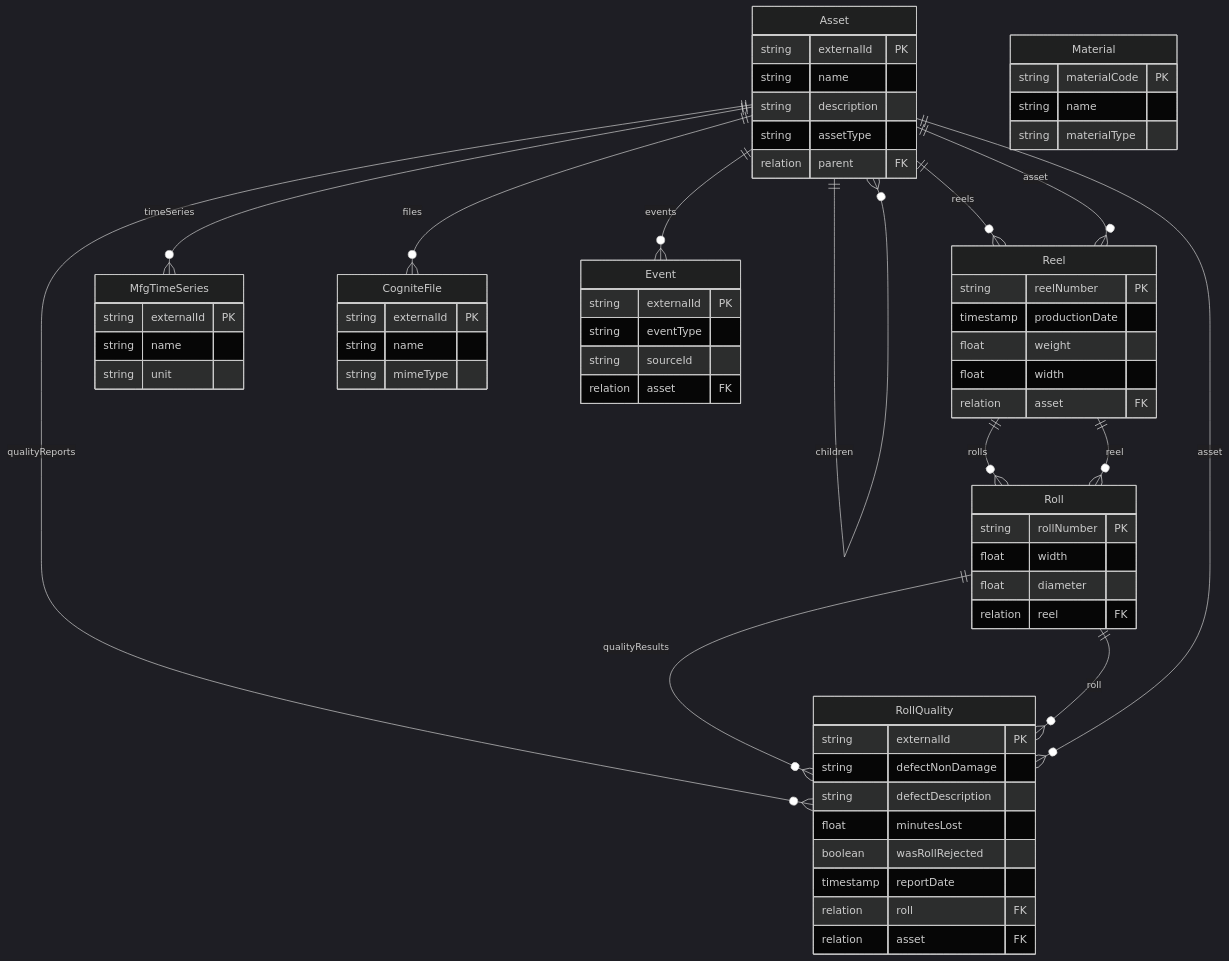
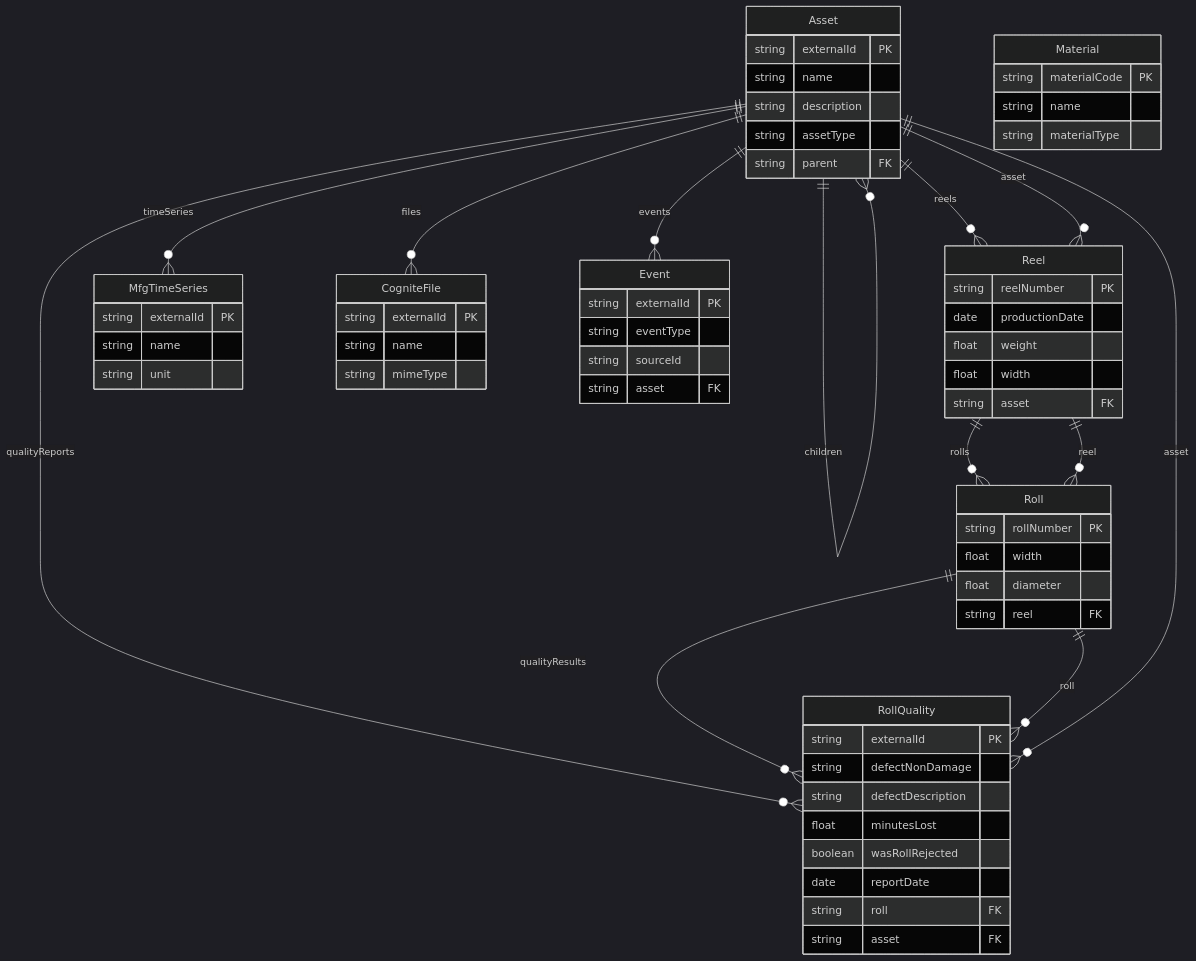
Before and after one commit to fbarsoba-cognite/sylvamo-project-documentation: the second of 3 diagrams in docs/reference/data-model/MFG_CORE_WITH_EQUIPMENT.md, drawn with Mermaid (dark theme). The commit also changed other lines of this file, not shown here.

Commit message:
fix: Use valid Mermaid types (string instead of relation)

````diff
--- a/docs/reference/data-model/MFG_CORE_WITH_EQUIPMENT.md
+++ b/docs/reference/data-model/MFG_CORE_WITH_EQUIPMENT.md
@@ -43,77 +43,77 @@
 ```mermaid
 erDiagram
     Asset ||--o{ Reel : "reels"
     Asset ||--o{ MfgTimeSeries : "timeSeries"
     Asset ||--o{ CogniteFile : "files"
     Asset ||--o{ Event : "events"
     Asset ||--o{ RollQuality : "qualityReports"
     Asset ||--o{ Asset : "children"
     
     Reel ||--o{ Roll : "rolls"
     Reel }o--|| Asset : "asset"
     
     Roll ||--o{ RollQuality : "qualityResults"
     Roll }o--|| Reel : "reel"
     
     RollQuality }o--|| Roll : "roll"
     RollQuality }o--|| Asset : "asset"
 
     Asset {
         string externalId PK
         string name
         string description
         string assetType
-        relation parent FK
+        string parent FK
     }
 
     Reel {
         string reelNumber PK
-        timestamp productionDate
+        date productionDate
         float weight
         float width
-        relation asset FK
+        string asset FK
     }
 
     Roll {
         string rollNumber PK
         float width
         float diameter
-        relation reel FK
+        string reel FK
     }
 
     RollQuality {
         string externalId PK
         string defectNonDamage
         string defectDescription
         float minutesLost
         boolean wasRollRejected
-        timestamp reportDate
-        relation roll FK
-        relation asset FK
+        date reportDate
+        string roll FK
+        string asset FK
     }
 
     Event {
         string externalId PK
         string eventType
         string sourceId
-        relation asset FK
+        string asset FK
     }
 
     MfgTimeSeries {
         string externalId PK
         string name
         string unit
     }
 
     CogniteFile {
         string externalId PK
         string name
         string mimeType
     }
 
     Material {
         string materialCode PK
         string name
         string materialType
     }
 ```
````
